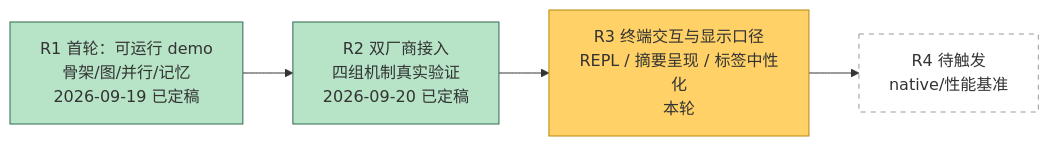
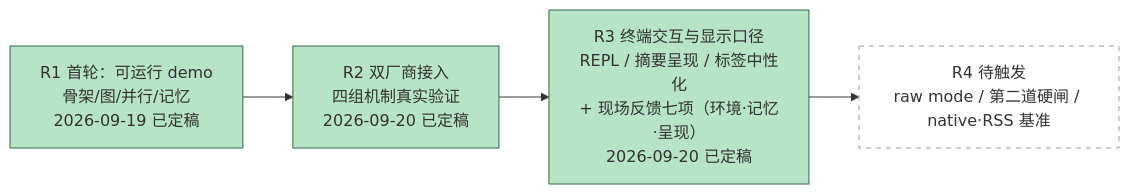
One commit to Lancelot726/jagent changed the first of 2 diagrams in loop/R3_91_progress.md. Above: the diagram before and after it, drawn with Mermaid. The commit also changed other lines of this file and 7 other files, not shown here.

````diff
--- a/loop/R3_91_progress.md
+++ b/loop/R3_91_progress.md
@@ -7,14 +7,13 @@
 ```mermaid
 flowchart LR
     R1["R1 首轮：可运行 demo<br/>骨架/图/并行/记忆<br/>2026-09-19 已定稿"] --> R2["R2 双厂商接入<br/>四组机制真实验证<br/>2026-09-20 已定稿"]
-    R2 --> R3["R3 终端交互与显示口径<br/>REPL / 摘要呈现 / 标签中性化<br/>本轮"]
-    R3 --> R4["R4 待触发<br/>native/性能基准"]
+    R2 --> R3["R3 终端交互与显示口径<br/>REPL / 摘要呈现 / 标签中性化<br/>+ 现场反馈七项（环境·记忆·呈现）<br/>2026-09-20 已定稿"]
+    R3 --> R4["R4 待触发<br/>raw mode / 第二道硬闸 / native·RSS 基准"]
 
     classDef done fill:#b7e4c7,stroke:#2d6a4f
     classDef cur fill:#ffd166,stroke:#b8860b
     classDef todo fill:white,stroke:#999,stroke-dasharray:5 5
 
-    class R1,R2 done
-    class R3 cur
+    class R1,R2,R3 done
     class R4 todo
 ```
````
